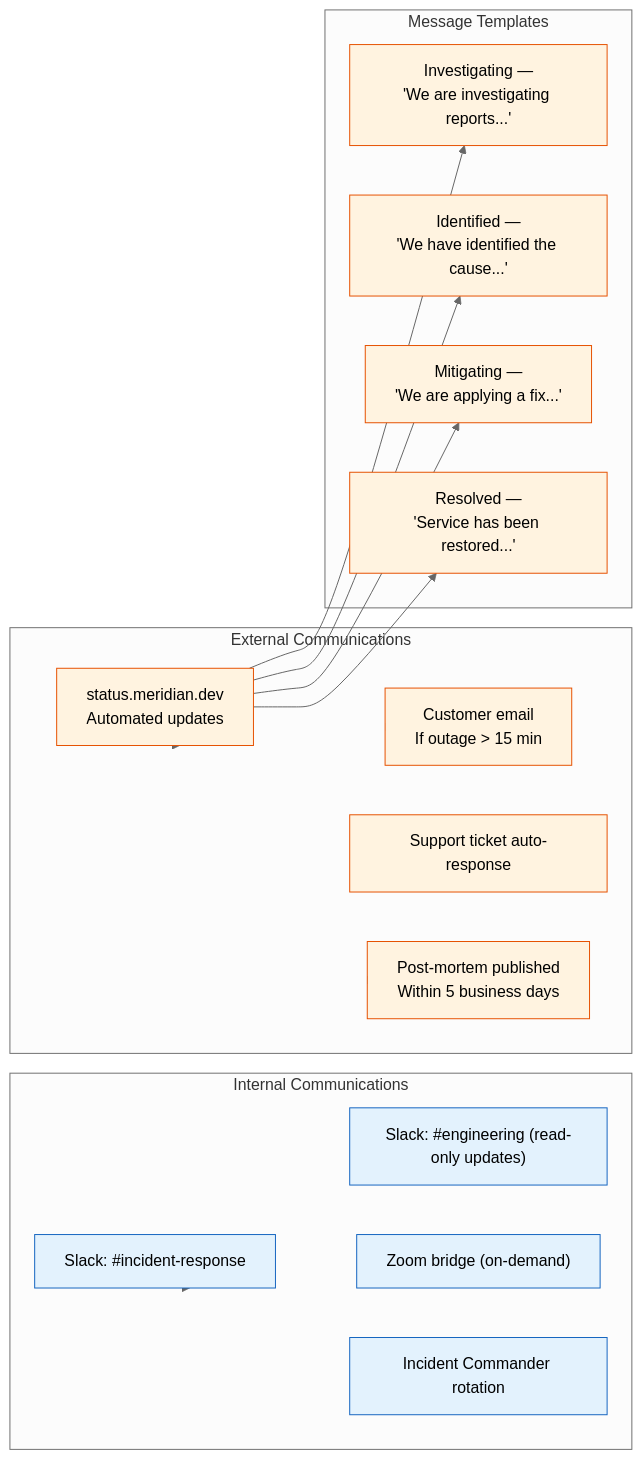
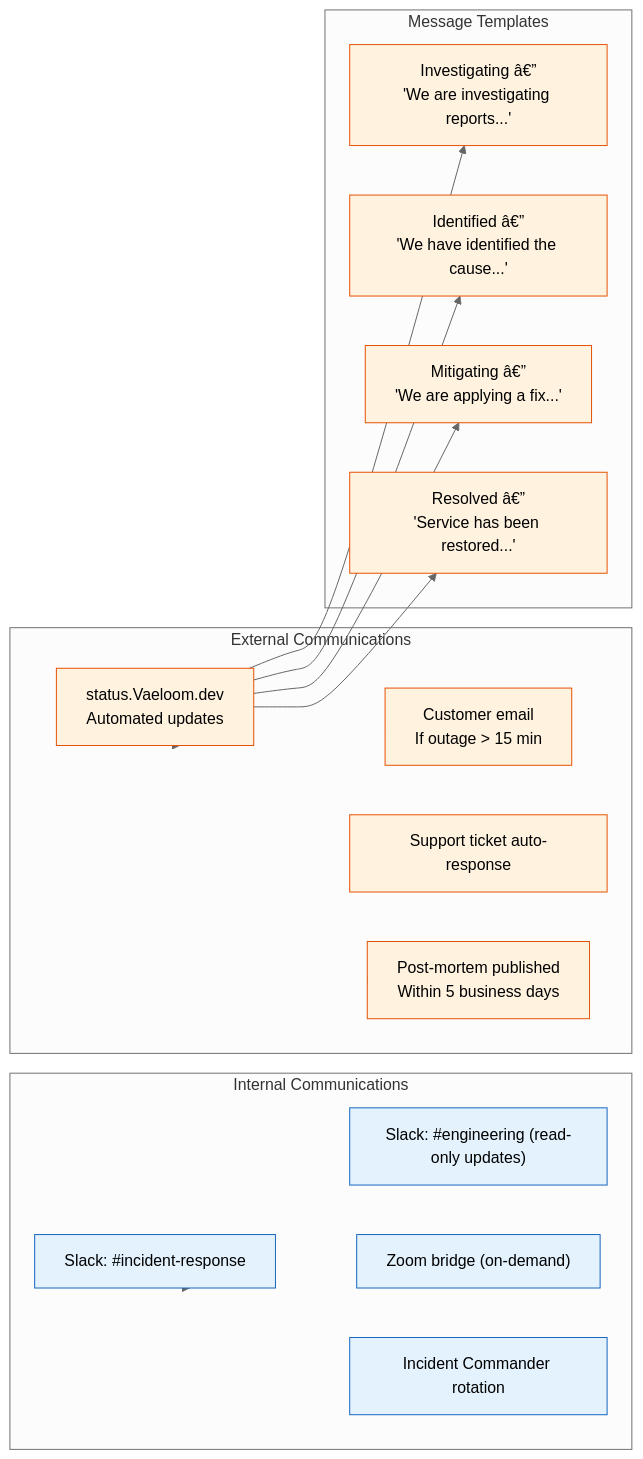
Before and after one commit to Driftloom/Vaeloom: the third of 3 diagrams in Docs/Operations/Business-Continuity-Plan.md, drawn with Mermaid (neutral theme). The commit also changed other lines of this file and 249 other files, not shown here.

Commit message:
Rename all references from Meridian to Vaeloom across docs, scripts, and config

````diff
--- a/Docs/Operations/Business-Continuity-Plan.md
+++ b/Docs/Operations/Business-Continuity-Plan.md
@@ -104,34 +104,34 @@
 ```mermaid
 graph LR
     classDef internal fill:#e3f2fd,stroke:#1565c0,color:#000
     classDef external fill:#fff3e0,stroke:#e65100,color:#000
 
     subgraph Internal["Internal Communications"]
         I1["Slack: #incident-response"]
         I2["Slack: #engineering (read-only updates)"]
         I3["Zoom bridge (on-demand)"]
         I4["Incident Commander rotation"]
     end
 
     subgraph External["External Communications"]
-        E1["status.meridian.dev<br/>Automated updates"]
+        E1["status.Vaeloom.dev<br/>Automated updates"]
         E2["Customer email<br/>If outage > 15 min"]
         E3["Support ticket auto-response"]
         E4["Post-mortem published<br/>Within 5 business days"]
     end
 
     subgraph Templates["Message Templates"]
-        T1["Investigating —<br/>'We are investigating reports...'"]
-        T2["Identified —<br/>'We have identified the cause...'"]
-        T3["Mitigating —<br/>'We are applying a fix...'"]
-        T4["Resolved —<br/>'Service has been restored...'"]
+        T1["Investigating â€”<br/>'We are investigating reports...'"]
+        T2["Identified â€”<br/>'We have identified the cause...'"]
+        T3["Mitigating â€”<br/>'We are applying a fix...'"]
+        T4["Resolved â€”<br/>'Service has been restored...'"]
     end
 
     Internal --> I1 & I2 & I3 & I4
     External --> E1 & E2 & E3 & E4
     E1 --> T1 & T2 & T3 & T4
 
     class I1,I2,I3,I4 internal
     class E1,E2,E3,E4 external
     class T1,T2,T3,T4 external
 ```
````
